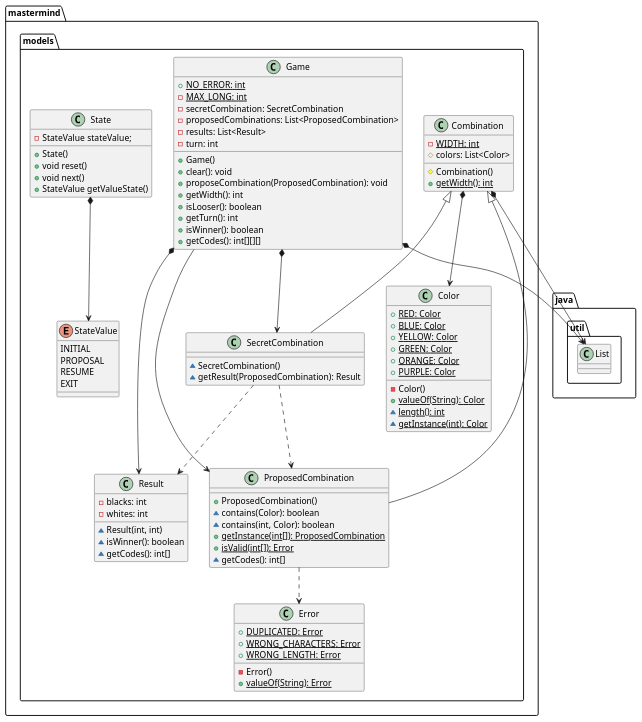
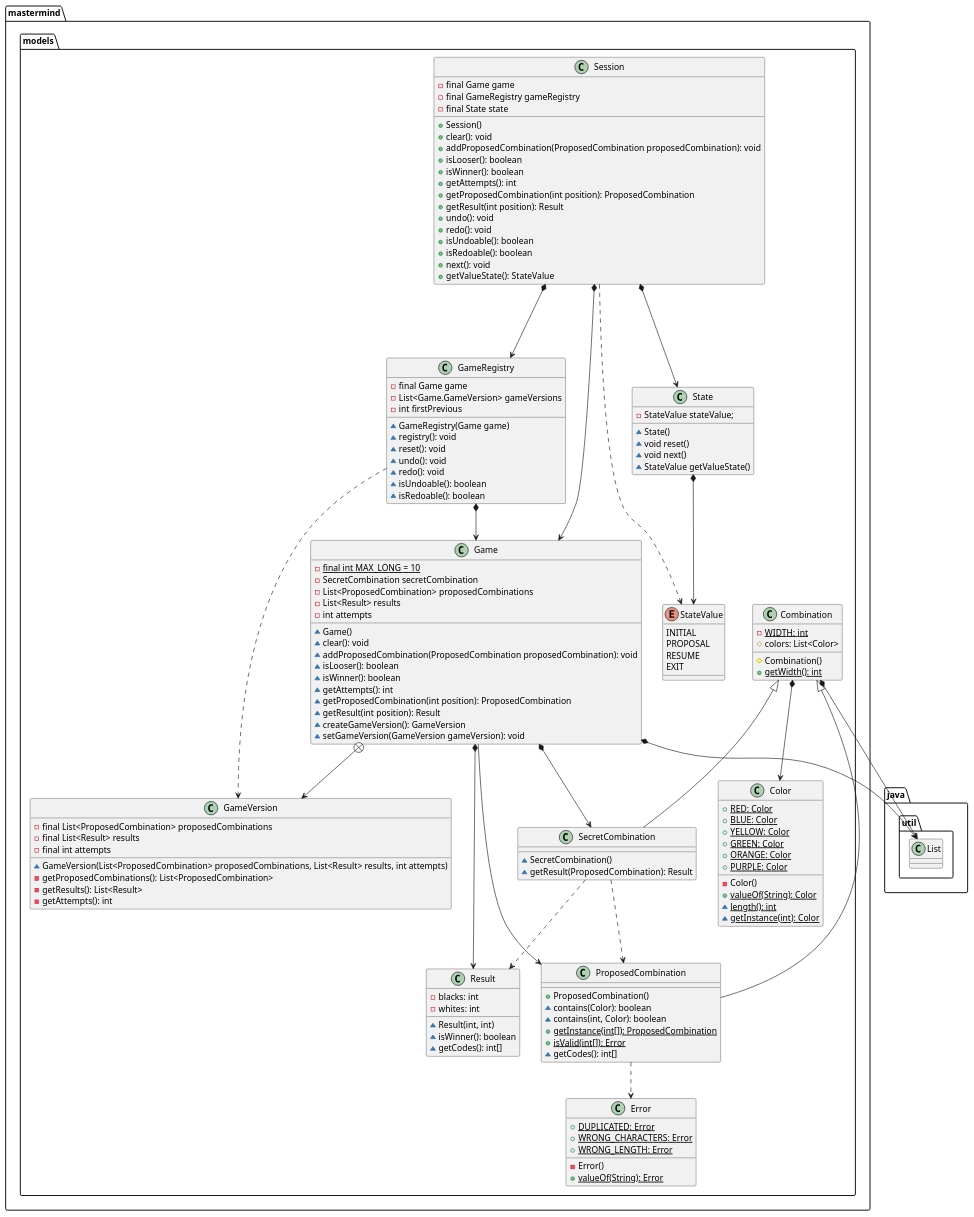
Before and after one commit to TheMercuryBeat/MasterMind: the diagram in docs/uml/PackageMasterMindModels.puml, drawn with PlantUML. The commit also changed 7 other files, not shown here.

Commit message:
[uml] Update uml diagrams

```diff
--- a/docs/uml/PackageMasterMindModels.puml
+++ b/docs/uml/PackageMasterMindModels.puml
@@ -1,98 +1,153 @@
 @startuml
 
     class  mastermind.models.Color{
         + {static} RED: Color
         + {static} BLUE: Color
         + {static} YELLOW: Color
         + {static} GREEN: Color
         + {static} ORANGE: Color
         + {static} PURPLE: Color
         - Color()
         + {static} valueOf(String): Color
         ~ {static} length(): int
         ~ {static} getInstance(int): Color
     }
     
     class  mastermind.models.Combination{
         - {static} WIDTH: int
         # colors: List<Color>
         # Combination()
         + {static} getWidth(): int
     }
     mastermind.models.Combination *-down-> java.util.List
     mastermind.models.Combination *-down-> mastermind.models.Color
     
     class  mastermind.models.Error{
         + {static} DUPLICATED: Error
         + {static} WRONG_CHARACTERS: Error
         + {static} WRONG_LENGTH: Error
         - Error()
         + {static} valueOf(String): Error
     }
     
     class  mastermind.models.Game{
-        + {static} NO_ERROR: int
-        - {static} MAX_LONG: int
-        - secretCombination: SecretCombination
-        - proposedCombinations: List<ProposedCombination>
-        - results: List<Result>
-        - turn: int
-        + Game()
-        + clear(): void
-        + proposeCombination(ProposedCombination): void
-        + getWidth(): int
-        + isLooser(): boolean
-        + getTurn(): int
-        + isWinner(): boolean
-        + getCodes(): int[][][]
+        - {static} final int MAX_LONG = 10
+        - SecretCombination secretCombination
+        - List<ProposedCombination> proposedCombinations
+        - List<Result> results
+        - int attempts
+        ~ Game()
+        ~ clear(): void
+        ~ addProposedCombination(ProposedCombination proposedCombination): void
+        ~ isLooser(): boolean
+        ~ isWinner(): boolean
+        ~ getAttempts(): int
+        ~ getProposedCombination(int position): ProposedCombination
+        ~ getResult(int position): Result
+        ~ createGameVersion(): GameVersion
+        ~ setGameVersion(GameVersion gameVersion): void
     }
+
+     class mastermind.models.GameVersion{
+        - final List<ProposedCombination> proposedCombinations
+        - final List<Result> results
+        - final int attempts
+
+        ~ GameVersion(List<ProposedCombination> proposedCombinations, List<Result> results, int attempts)
+        - getProposedCombinations(): List<ProposedCombination>
+        - getResults(): List<Result>
+        - getAttempts(): int
+     }
+
     mastermind.models.Game *-down-> java.util.List
     mastermind.models.Game *-down-> mastermind.models.SecretCombination
     mastermind.models.Game *-down-> mastermind.models.Result
     mastermind.models.Game --> mastermind.models.ProposedCombination
-    
+    mastermind.models.Game +--> mastermind.models.GameVersion
+
     class  mastermind.models.ProposedCombination{
         + ProposedCombination()
         ~ contains(Color): boolean
         ~ contains(int, Color): boolean
         + {static} getInstance(int[]): ProposedCombination
         + {static} isValid(int[]): Error
         ~ getCodes(): int[]
     }
     mastermind.models.Combination <|-down- mastermind.models.ProposedCombination
     mastermind.models.ProposedCombination ..> mastermind.models.Error
     
     class  mastermind.models.Result{
         - blacks: int
         - whites: int
         ~ Result(int, int)
         ~ isWinner(): boolean
         ~ getCodes(): int[]
     }
     
     class  mastermind.models.SecretCombination{
         ~ SecretCombination()
         ~ getResult(ProposedCombination): Result
     }
     mastermind.models.Combination <|-down- mastermind.models.SecretCombination
     mastermind.models.SecretCombination ..> mastermind.models.Result
     mastermind.models.SecretCombination ..> mastermind.models.ProposedCombination
 
     class mastermind.models.State{
         - StateValue stateValue;
-        + State()
-        + void reset()
-        + void next()
-        + StateValue getValueState()
+        ~ State()
+        ~ void reset()
+        ~ void next()
+        ~ StateValue getValueState()
     }
 
     enum mastermind.models.StateValue{
         INITIAL
         PROPOSAL
         RESUME
         EXIT
     }
 
     mastermind.models.State *--> mastermind.models.StateValue
 
+    class mastermind.models.GameRegistry {
+        - final Game game
+        - List<Game.GameVersion> gameVersions
+        - int firstPrevious
+        ~ GameRegistry(Game game)
+        ~ registry(): void
+        ~ reset(): void
+        ~ undo(): void
+        ~ redo(): void
+        ~ isUndoable(): boolean
+        ~ isRedoable(): boolean
+    }
+
+    mastermind.models.GameRegistry *--> mastermind.models.Game
+    mastermind.models.GameRegistry ...> mastermind.models.GameVersion
+
+    class mastermind.models.Session {
+        - final Game game
+        - final GameRegistry gameRegistry
+        - final State state
+        + Session()
+        + clear(): void
+        + addProposedCombination(ProposedCombination proposedCombination): void
+        + isLooser(): boolean
+        + isWinner(): boolean
+        + getAttempts(): int
+        + getProposedCombination(int position): ProposedCombination
+        + getResult(int position): Result
+        + undo(): void
+        + redo(): void
+        + isUndoable(): boolean
+        + isRedoable(): boolean
+        + next(): void
+        + getValueState(): StateValue
+    }
+
+    mastermind.models.Session *---> mastermind.models.Game
+    mastermind.models.Session *---> mastermind.models.GameRegistry
+    mastermind.models.Session *---> mastermind.models.State
+    mastermind.models.Session ...> mastermind.models.StateValue
+
 @enduml
```
